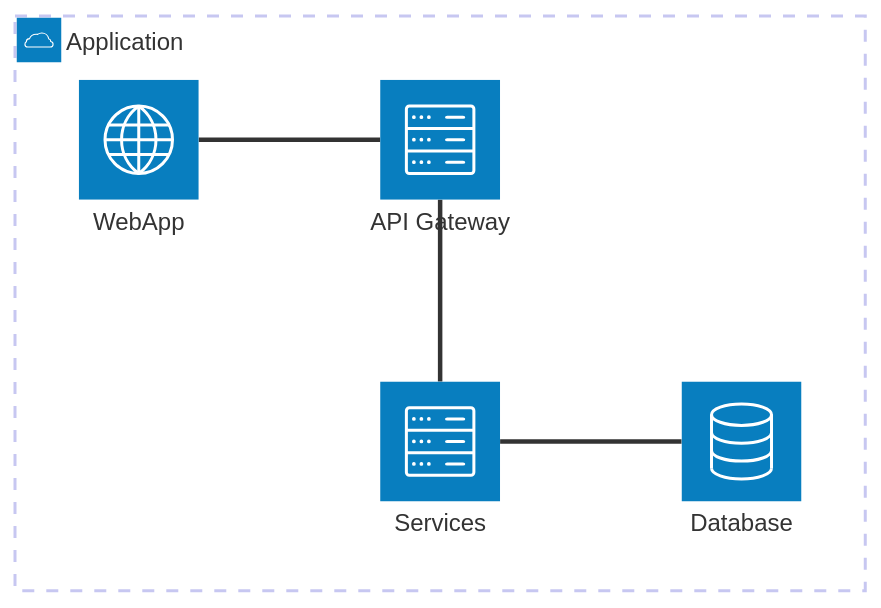
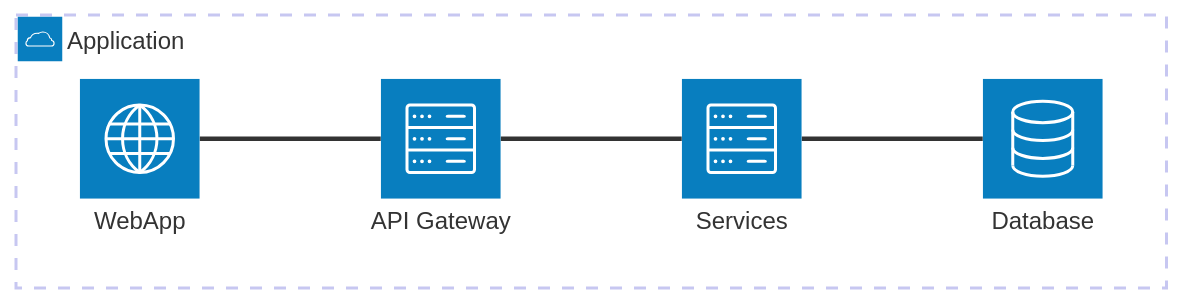
Before and after one commit to zyxsz/jg-tech-challenge: the first of 5 diagrams in README.md, drawn with Mermaid. The commit also changed other lines of this file, not shown here.

````diff
--- a/README.md
+++ b/README.md
@@ -105,11 +132,11 @@
 ```mermaid
 architecture-beta
 	group  api(cloud)[Application]
 	service  web(internet)[WebApp] in  api
 	service  gateway(server)[API  Gateway] in  api
 	service  services(server)[Services] in  api
 	service  db(database)[Database] in  api
 	web:R  --  L:gateway
-	gateway:B  --  T:services
+	gateway:R  --  L:services
 	services:R  --  L:db
 ```
````
